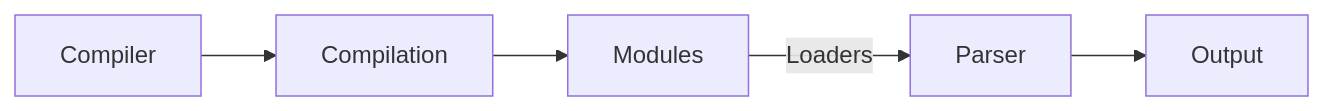
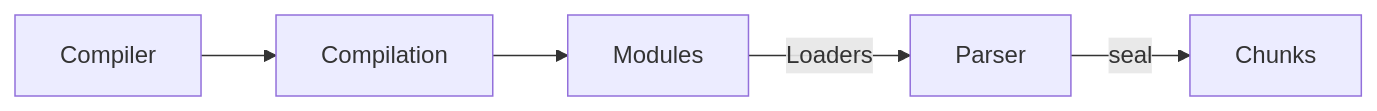
The first of 2 diagrams in content/blog/2020-08-01-webpack.md (dontry/dontry.github.io), drawn with Mermaid before and after one commit. The commit also changed other lines of this file and 5 other files, not shown here.

````diff
--- a/content/blog/2020-08-01-webpack.md
+++ b/content/blog/2020-08-01-webpack.md
@@ -34,7 +37,7 @@
 ```mermaid
 graph LR
   A[Compiler]-->B[Compilation]
   B-->C[Modules]
   C--Loaders-->D[Parser]
-  D-->E[Output]
+  D--seal-->E[Chunks]
 ```
````
